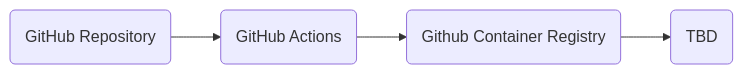
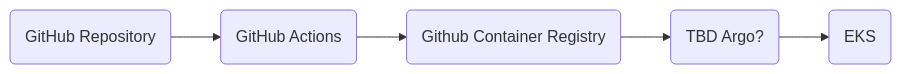
One commit to agile-learning-institute/mentorHub changed the fifth of 5 diagrams in specifications/ARCHITECTURE.md. Above: the diagram before and after it, drawn with Mermaid. The commit also changed other lines of this file, not shown here.

````diff
--- a/specifications/ARCHITECTURE.md
+++ b/specifications/ARCHITECTURE.md
@@ -151,7 +157,8 @@
 ```mermaid
 flowchart LR
     REPO(GitHub Repository)
     --> CI(GitHub Actions) 
     --> GCR(Github Container Registry)
-    --> Next(TBD)
+    --> Next(TBD Argo?)
+    --> K8S(EKS)
 ```
````
